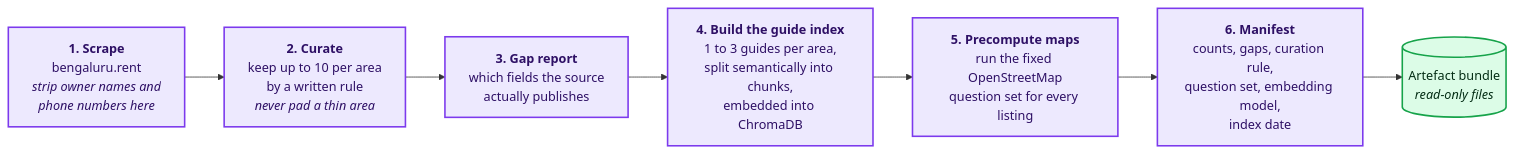
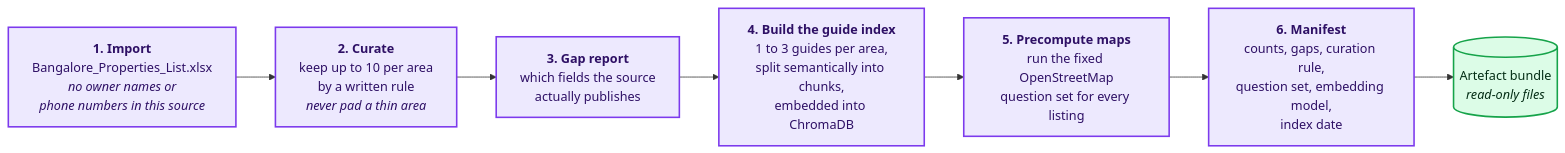
One commit to KarthikBattaram19/Capstone_Project_Next_Leap changed the fifth of 22 diagrams in Docs/Architecture.md. Above: the diagram before and after it, drawn with Mermaid. The commit also changed other lines of this file and 11 other files, not shown here.

First line of the commit message:
docs: switch the listing source to the supplied spreadsheet; add balconies and parking_available to the schema

````diff
--- a/Docs/Architecture.md
+++ b/Docs/Architecture.md
@@ -222,14 +222,14 @@
 ```mermaid
 flowchart LR
-    S1["<b>1. Scrape</b><br/>bengaluru.rent<br/><i>strip owner names and<br/>phone numbers here</i>"] --> S2["<b>2. Curate</b><br/>keep up to 10 per area<br/>by a written rule<br/><i>never pad a thin area</i>"]
+    S1["<b>1. Import</b><br/>Bangalore_Properties_List.xlsx<br/><i>no owner names or<br/>phone numbers in this source</i>"] --> S2["<b>2. Curate</b><br/>keep up to 10 per area<br/>by a written rule<br/><i>never pad a thin area</i>"]
     S2 --> S3["<b>3. Gap report</b><br/>which fields the source<br/>actually publishes"]
     S3 --> S4["<b>4. Build the guide index</b><br/>1 to 3 guides per area,<br/>split semantically into chunks,<br/>embedded into ChromaDB"]
     S4 --> S5["<b>5. Precompute maps</b><br/>run the fixed OpenStreetMap<br/>question set for every listing"]
     S5 --> S6["<b>6. Manifest</b><br/>counts, gaps, curation rule,<br/>question set, embedding model,<br/>index date"]
     S6 --> OUT[("Artefact bundle<br/><i>read-only files</i>")]
 
     classDef step fill:#ede9fe,stroke:#7c3aed,stroke-width:2px,color:#2e1065
     classDef out fill:#dcfce7,stroke:#16a34a,stroke-width:2px,color:#052e16
     class S1,S2,S3,S4,S5,S6 step
     class OUT out
 ```
````
